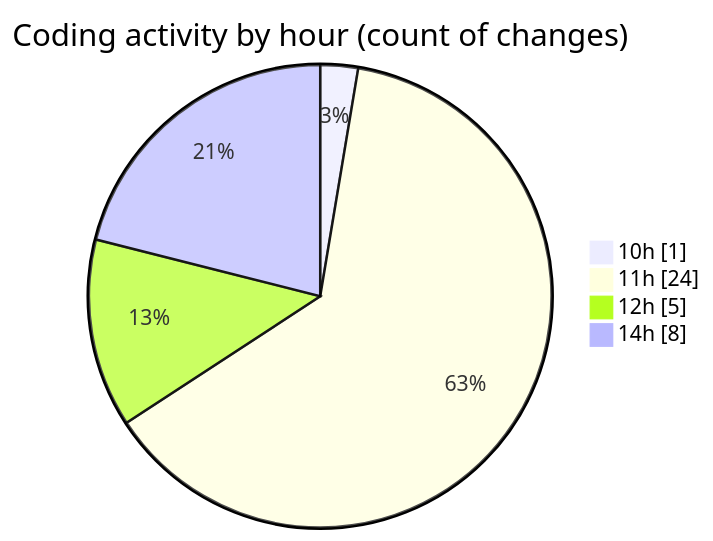
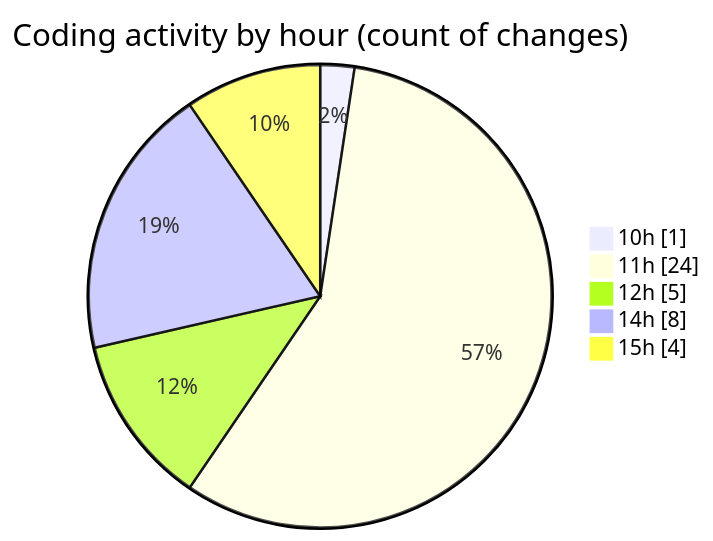
One commit to debugP/code-tracking changed the second of 2 diagrams in 2025-10-03/untitled__workspace_/README.md. Above: the diagram before and after it, drawn with Mermaid. The commit also changed other lines of this file and 1 other file, not shown here.

````diff
--- a/2025-10-03/untitled__workspace_/README.md
+++ b/2025-10-03/untitled__workspace_/README.md
@@ -29,8 +30,9 @@
 ```mermaid
 pie showData
 title Coding activity by hour (count of changes)
 "10h" : 1
 "11h" : 24
 "12h" : 5
 "14h" : 8
+"15h" : 4
 ```
````
